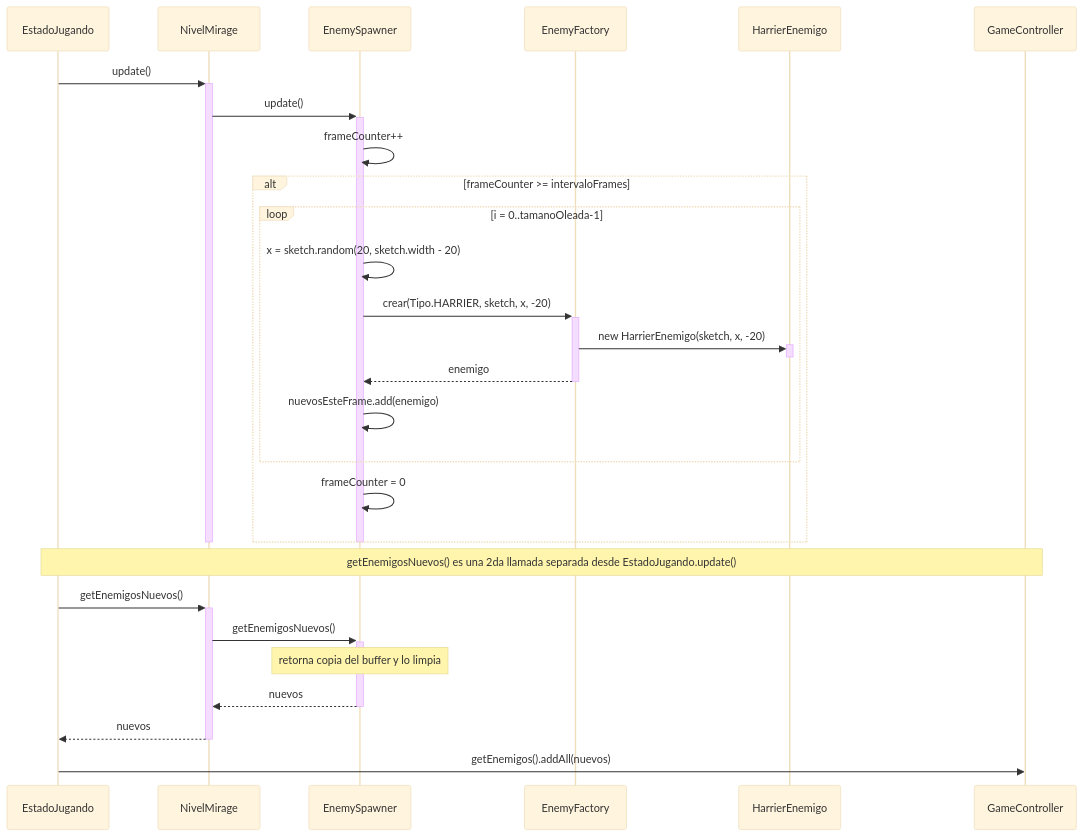
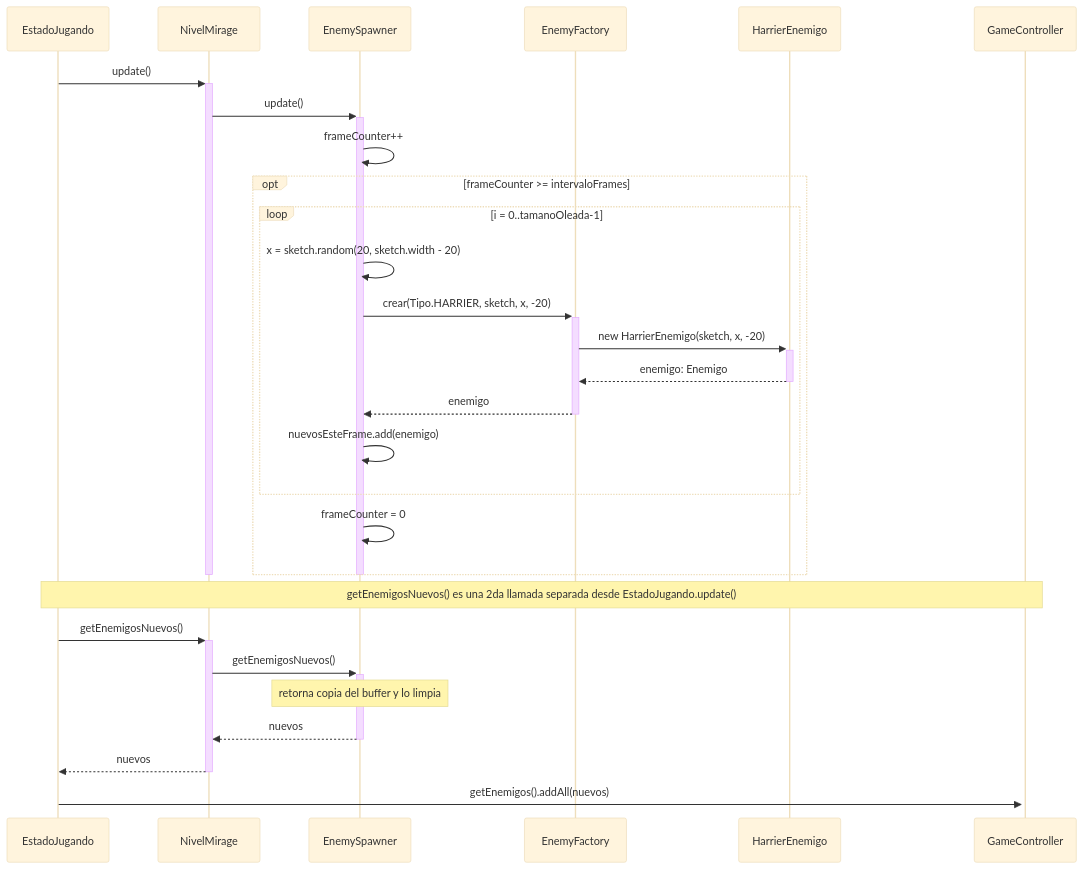
Before and after one commit to Christian-Rojas-Rodriguez/juego-1982: the seventh of 9 diagrams in docs/v1/analisis/casos-de-uso.md, drawn with Mermaid (base theme). The commit also changed other lines of this file, not shown here.

Commit message:
docs: modificar diagramas de secuencia

````diff
--- a/docs/v1/analisis/casos-de-uso.md
+++ b/docs/v1/analisis/casos-de-uso.md
@@ -325,34 +351,34 @@
 ```mermaid
 sequenceDiagram
     participant EstadoJugando
     participant NivelMirage
     participant EnemySpawner
     participant EnemyFactory
     participant HarrierEnemigo
     participant GameController
 
     EstadoJugando->>+NivelMirage: update()
     NivelMirage->>+EnemySpawner: update()
     EnemySpawner->>EnemySpawner: frameCounter++
-    alt frameCounter >= intervaloFrames
+    opt frameCounter >= intervaloFrames
         loop i = 0..tamanoOleada-1
             EnemySpawner->>EnemySpawner: x = sketch.random(20, sketch.width - 20)
             EnemySpawner->>+EnemyFactory: crear(Tipo.HARRIER, sketch, x, -20)
             EnemyFactory->>+HarrierEnemigo: new HarrierEnemigo(sketch, x, -20)
-            deactivate HarrierEnemigo
+            HarrierEnemigo-->>-EnemyFactory: enemigo: Enemigo
             EnemyFactory-->>-EnemySpawner: enemigo
             EnemySpawner->>EnemySpawner: nuevosEsteFrame.add(enemigo)
         end
         EnemySpawner->>EnemySpawner: frameCounter = 0
     end
     deactivate EnemySpawner
     deactivate NivelMirage
 
     Note over EstadoJugando,GameController: getEnemigosNuevos() es una 2da llamada separada desde EstadoJugando.update()
     EstadoJugando->>+NivelMirage: getEnemigosNuevos()
     NivelMirage->>+EnemySpawner: getEnemigosNuevos()
     Note over EnemySpawner: retorna copia del buffer y lo limpia
     EnemySpawner-->>-NivelMirage: nuevos
     NivelMirage-->>-EstadoJugando: nuevos
-    EstadoJugando->>GameController: getEnemigos().addAll(nuevos)
+    EstadoJugando->>+GameController: getEnemigos().addAll(nuevos)
 ```
````
